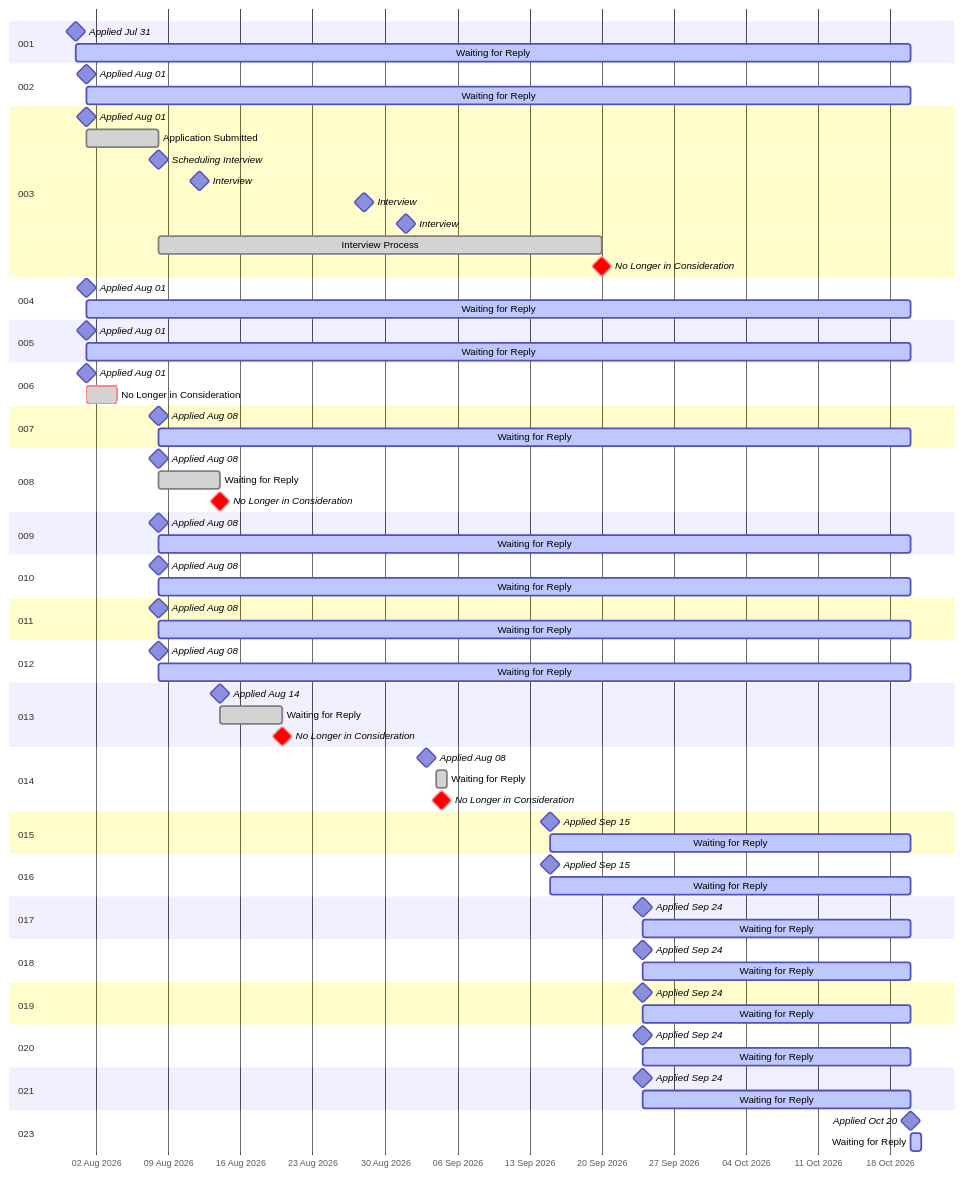
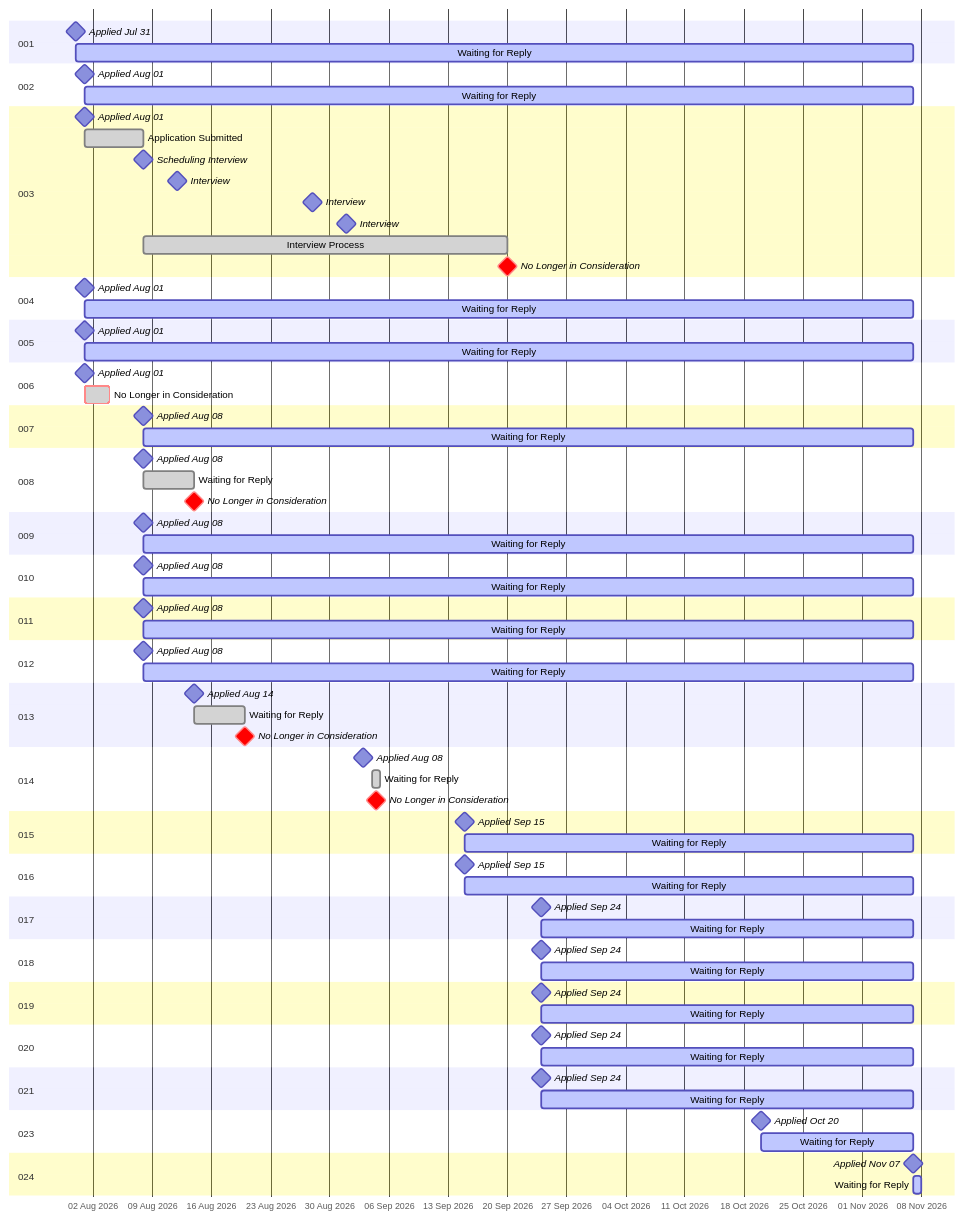
The diagram in README.md (RileyBeenders/rileybeenders.com), drawn with Mermaid before and after one commit. The commit also changed other lines of this file and 9 other files, not shown here.

````diff
--- a/README.md
+++ b/README.md
@@ -16,11 +16,11 @@
 
     section 001
     Applied Jul 31                  :milestone, 2026-07-31, 0d
-    Waiting for Reply               :active, 2026-07-31, 81d
+    Waiting for Reply               :active, 2026-07-31, 99d
 
     section 002
     Applied Aug 01                  :milestone, 2026-08-01, 0d
-    Waiting for Reply               :active, 2026-08-01, 80d
+    Waiting for Reply               :active, 2026-08-01, 98d
 
     section 003
     Applied Aug 01                  :milestone, 2026-08-01, 0d
@@ -34,11 +34,11 @@
 
     section 004
     Applied Aug 01                  :milestone, 2026-08-01, 0d
-    Waiting for Reply               :active, 2026-08-01, 80d
+    Waiting for Reply               :active, 2026-08-01, 98d
 
     section 005
     Applied Aug 01                  :milestone, 2026-08-01, 0d
-    Waiting for Reply               :active, 2026-08-01, 80d
+    Waiting for Reply               :active, 2026-08-01, 98d
 
     section 006
     Applied Aug 01                  :milestone, 2026-08-01, 0d
@@ -46,7 +46,7 @@
 
     section 007
     Applied Aug 08                  :milestone, 2026-08-08, 0d
-    Waiting for Reply               :active, 2026-08-08, 73d
+    Waiting for Reply               :active, 2026-08-08, 91d
 
     section 008
     Applied Aug 08                  :milestone, 2026-08-08, 0d
@@ -55,19 +55,19 @@
 
     section 009
     Applied Aug 08                  :milestone, 2026-08-08, 0d
-    Waiting for Reply               :active, 2026-08-08, 73d
+    Waiting for Reply               :active, 2026-08-08, 91d
 
     section 010
     Applied Aug 08                  :milestone, 2026-08-08, 0d
-    Waiting for Reply               :active, 2026-08-08, 73d
+    Waiting for Reply               :active, 2026-08-08, 91d
 
     section 011
     Applied Aug 08                  :milestone, 2026-08-08, 0d
-    Waiting for Reply               :active, 2026-08-08, 73d
+    Waiting for Reply               :active, 2026-08-08, 91d
 
     section 012
     Applied Aug 08                  :milestone, 2026-08-08, 0d
-    Waiting for Reply               :active, 2026-08-08, 73d
+    Waiting for Reply               :active, 2026-08-08, 91d
 
     section 013
     Applied Aug 14                  :milestone, 2026-08-14, 0d
@@ -81,33 +81,37 @@
 
     section 015
     Applied Sep 15                  :milestone, 2026-09-15, 0d
-    Waiting for Reply               :active, 2026-09-15, 35d
+    Waiting for Reply               :active, 2026-09-15, 53d
 
     section 016
     Applied Sep 15                  :milestone, 2026-09-15, 0d
-    Waiting for Reply               :active, 2026-09-15, 35d
+    Waiting for Reply               :active, 2026-09-15, 53d
 
     section 017
     Applied Sep 24                  :milestone, 2026-09-24, 0d
-    Waiting for Reply               :active, 2026-09-24, 26d
+    Waiting for Reply               :active, 2026-09-24, 44d
 
     section 018
     Applied Sep 24                  :milestone, 2026-09-24, 0d
-    Waiting for Reply               :active, 2026-09-24, 26d
+    Waiting for Reply               :active, 2026-09-24, 44d
 
     section 019
     Applied Sep 24                  :milestone, 2026-09-24, 0d
-    Waiting for Reply               :active, 2026-09-24, 26d
+    Waiting for Reply               :active, 2026-09-24, 44d
 
     section 020
     Applied Sep 24                  :milestone, 2026-09-24, 0d
-    Waiting for Reply               :active, 2026-09-24, 26d
+    Waiting for Reply               :active, 2026-09-24, 44d
 
     section 021
     Applied Sep 24                  :milestone, 2026-09-24, 0d
-    Waiting for Reply               :active, 2026-09-24, 26d
+    Waiting for Reply               :active, 2026-09-24, 44d
 
     section 023
     Applied Oct 20                  :milestone, 2026-10-20, 0d
-    Waiting for Reply               :active, 2026-10-20, 1d
+    Waiting for Reply               :active, 2026-10-20, 18d
+
+    section 024
+    Applied Nov 07                  :milestone, 2026-11-07, 0d
+    Waiting for Reply               :active, 2026-11-07, 1d
 ```
````
